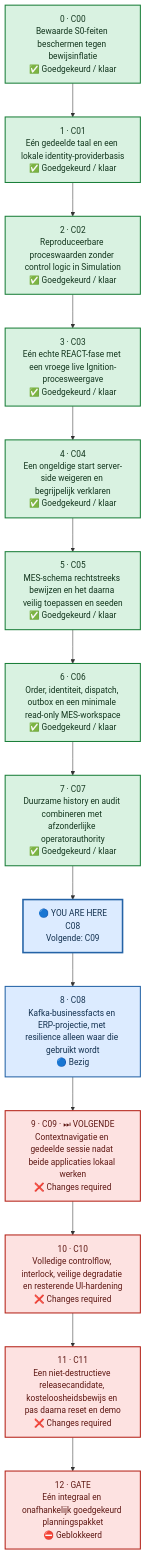
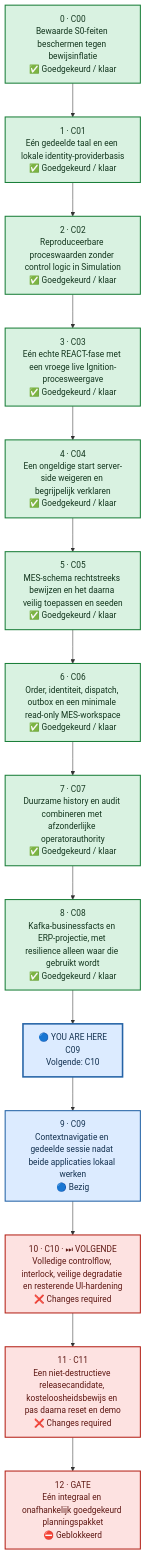
The second of 2 diagrams in README.md (Jandesch91/n1-bioforge-requirements-cockpit), drawn with Mermaid before and after one commit. The commit also changed other lines of this file and 3 other files, not shown here.

````diff
--- a/README.md
+++ b/README.md
@@ -50,41 +50,41 @@
 ```mermaid
 %%{init: {"flowchart": {"curve": "linear", "nodeSpacing": 55, "rankSpacing": 65, "htmlLabels": true}}}%%
 flowchart TB
     %% One vertical lane: order is explicit and no dependency arrows cross.
     chunk_0["0 · C00<br/>Bewaarde S0-feiten beschermen tegen bewijsinflatie<br/>✅ Goedgekeurd / klaar"]
     chunk_1["1 · C01<br/>Eén gedeelde taal en een lokale identity-providerbasis<br/>✅ Goedgekeurd / klaar"]
     chunk_2["2 · C02<br/>Reproduceerbare proceswaarden zonder control logic in Simulation<br/>✅ Goedgekeurd / klaar"]
     chunk_3["3 · C03<br/>Eén echte REACT-fase met een vroege live Ignition-procesweergave<br/>✅ Goedgekeurd / klaar"]
     chunk_4["4 · C04<br/>Een ongeldige start server-side weigeren en begrijpelijk verklaren<br/>✅ Goedgekeurd / klaar"]
     chunk_5["5 · C05<br/>MES-schema rechtstreeks bewijzen en het daarna veilig toepassen en seeden<br/>✅ Goedgekeurd / klaar"]
     chunk_6["6 · C06<br/>Order, identiteit, dispatch, outbox en een minimale read-only MES-workspace<br/>✅ Goedgekeurd / klaar"]
     chunk_7["7 · C07<br/>Duurzame history en audit combineren met afzonderlijke operatorauthority<br/>✅ Goedgekeurd / klaar"]
-    chunk_8["8 · C08<br/>Kafka-businessfacts en ERP-projectie, met resilience alleen waar die gebruikt wordt<br/>🔵 Bezig"]
-    chunk_9["9 · C09 · ⏭ VOLGENDE<br/>Contextnavigatie en gedeelde sessie nadat beide applicaties lokaal werken<br/>❌ Changes required"]
-    chunk_10["10 · C10<br/>Volledige controlflow, interlock, veilige degradatie en resterende UI-hardening<br/>❌ Changes required"]
+    chunk_8["8 · C08<br/>Kafka-businessfacts en ERP-projectie, met resilience alleen waar die gebruikt wordt<br/>✅ Goedgekeurd / klaar"]
+    chunk_9["9 · C09<br/>Contextnavigatie en gedeelde sessie nadat beide applicaties lokaal werken<br/>🔵 Bezig"]
+    chunk_10["10 · C10 · ⏭ VOLGENDE<br/>Volledige controlflow, interlock, veilige degradatie en resterende UI-hardening<br/>❌ Changes required"]
     chunk_11["11 · C11<br/>Een niet-destructieve releasecandidate, kosteloosheidsbewijs en pas daarna reset en demo<br/>❌ Changes required"]
     chunk_12["12 · GATE<br/>Eén integraal en onafhankelijk goedgekeurd planningspakket<br/>⛔ Geblokkeerd"]
-    current_marker["🔵 YOU ARE HERE<br/>C08<br/>Volgende: C09"]
-    chunk_0 --> chunk_1 --> chunk_2 --> chunk_3 --> chunk_4 --> chunk_5 --> chunk_6 --> chunk_7 --> current_marker --> chunk_8 --> chunk_9 --> chunk_10 --> chunk_11 --> chunk_12
+    current_marker["🔵 YOU ARE HERE<br/>C09<br/>Volgende: C10"]
+    chunk_0 --> chunk_1 --> chunk_2 --> chunk_3 --> chunk_4 --> chunk_5 --> chunk_6 --> chunk_7 --> chunk_8 --> current_marker --> chunk_9 --> chunk_10 --> chunk_11 --> chunk_12
     classDef approved fill:#D9F2E1,stroke:#1B7F3A,color:#12351D,stroke-width:2px
     classDef inprogress fill:#DCEBFF,stroke:#2463A6,color:#12304F,stroke-width:2px
     classDef human fill:#FFF2BF,stroke:#A66B00,color:#4D3300,stroke-width:2px
     classDef changes fill:#FDE2E1,stroke:#B42318,color:#5D1712,stroke-width:2px
     classDef blocked fill:#FDE2E1,stroke:#B42318,color:#5D1712,stroke-width:2px
     classDef notstarted fill:#F2F4F7,stroke:#667085,color:#344054,stroke-width:2px
     classDef current fill:#DCEBFF,stroke:#2463A6,color:#12304F,stroke-width:3px
     class chunk_0 approved
     class chunk_1 approved
     class chunk_2 approved
     class chunk_3 approved
     class chunk_4 approved
     class chunk_5 approved
     class chunk_6 approved
     class chunk_7 approved
-    class chunk_8 inprogress
-    class chunk_9 changes
+    class chunk_8 approved
+    class chunk_9 inprogress
     class chunk_10 changes
     class chunk_11 changes
     class chunk_12 blocked
     class current_marker current
 ```
````
